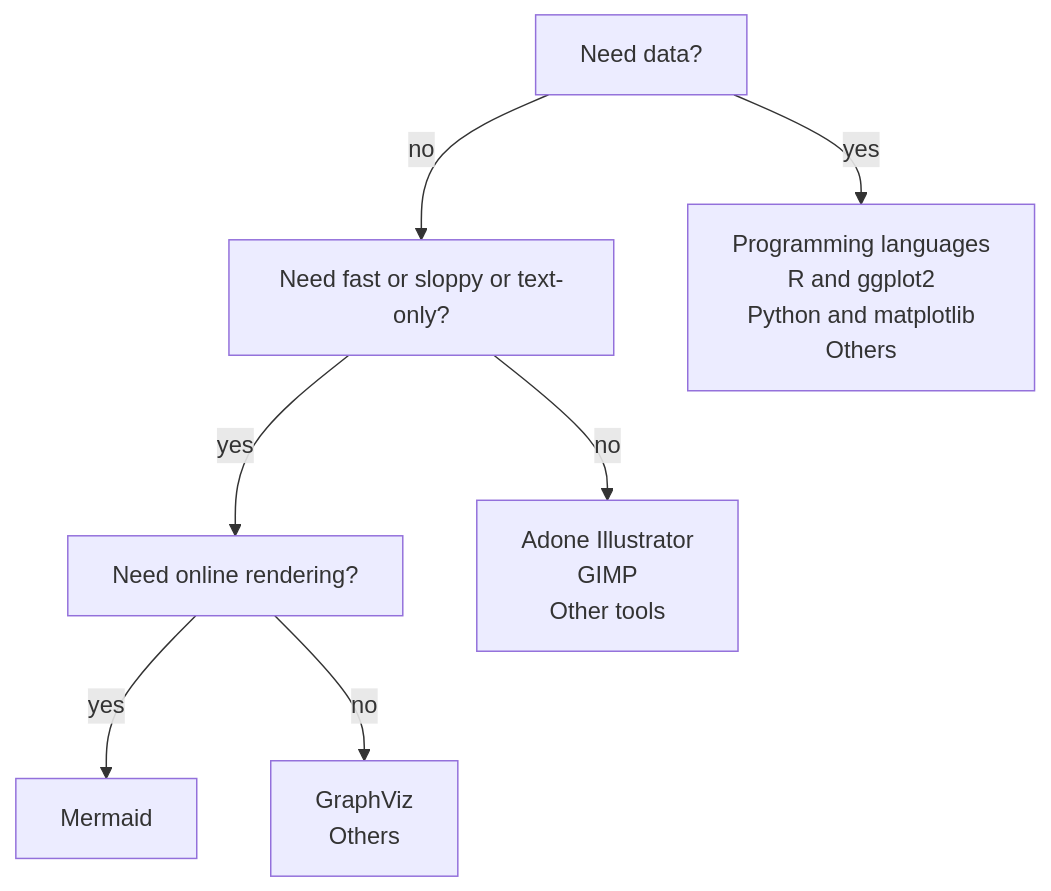
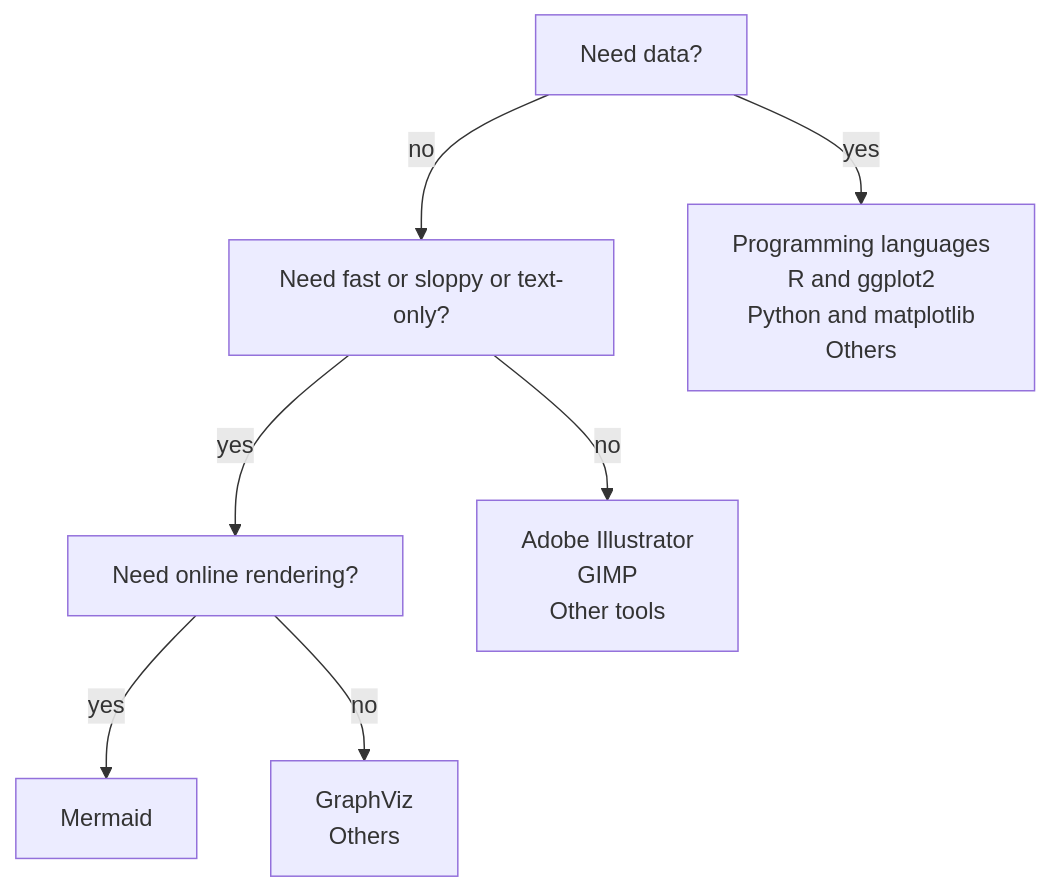
The third of 7 diagrams in README.md (richelbilderbeek/lesson_mermaid), drawn with Mermaid before and after one commit.

````diff
--- a/README.md
+++ b/README.md
@@ -89,12 +89,12 @@
 ```mermaid
 flowchart TD
   need_data[Need data?]
   need_fast[Need fast or sloppy or text-only?]
   need_render[Need online rendering?]
   need_data --> |yes| R[Programming languages\nR and ggplot2\nPython and matplotlib\nOthers]
   need_data --> |no| need_fast
-  need_fast --> |no| Adobe[Adone Illustrator\nGIMP\nOther tools]
+  need_fast --> |no| Adobe[Adobe Illustrator\nGIMP\nOther tools]
   need_fast --> |yes| need_render
   need_render --> |yes| Mermaid
   need_render --> |no| GraphViz[GraphViz\nOthers]
 ```
````
